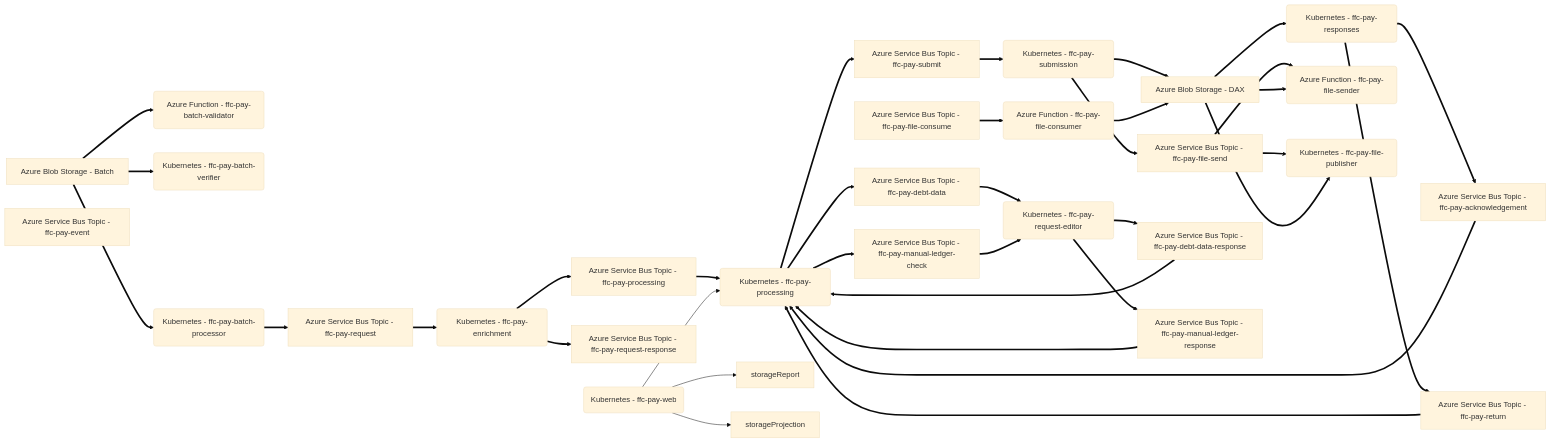
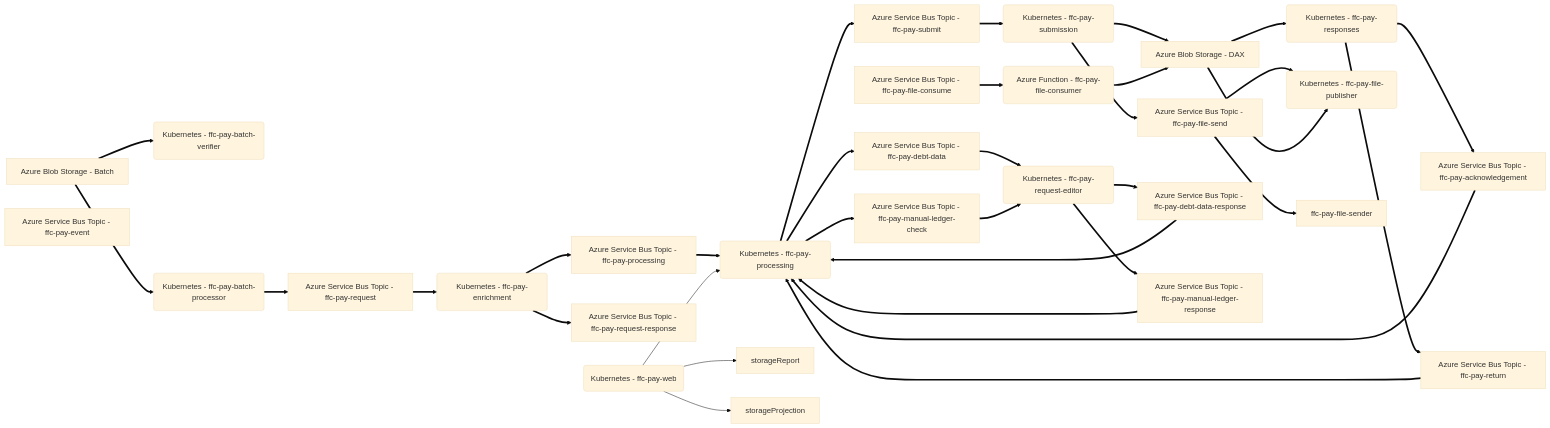
The first of 3 diagrams in README.md (DEFRA/ffc-pay-core), drawn with Mermaid (base theme) before and after one commit. The commit also changed other lines of this file and 8 other files, not shown here.

````diff
--- a/README.md
+++ b/README.md
@@ -37,70 +38,66 @@
 ```mermaid
 flowchart LR
-ffc-pay-batch-validator(Azure Function - ffc-pay-batch-validator)
 ffc-pay-batch-verifier(Kubernetes - ffc-pay-batch-verifier)
 ffc-pay-batch-processor(Kubernetes - ffc-pay-batch-processor)
 ffc-pay-enrichment(Kubernetes - ffc-pay-enrichment)
 ffc-pay-processing(Kubernetes - ffc-pay-processing)
 ffc-pay-submission(Kubernetes - ffc-pay-submission)
 ffc-pay-responses(Kubernetes - ffc-pay-responses)
 ffc-pay-request-editor(Kubernetes - ffc-pay-request-editor)
 ffc-pay-web(Kubernetes - ffc-pay-web)
-ffc-pay-file-sender(Azure Function - ffc-pay-file-sender)
 ffc-pay-file-publisher(Kubernetes - ffc-pay-file-publisher)
 ffc-pay-file-consumer(Azure Function - ffc-pay-file-consumer)
 
 storageBatch[Azure Blob Storage - Batch]
 storageDAX[Azure Blob Storage - DAX]
 
 topicRequest[Azure Service Bus Topic - ffc-pay-request]
 topicResponse[Azure Service Bus Topic - ffc-pay-request-response]
 topicProcessing[Azure Service Bus Topic - ffc-pay-processing]
 topicSubmit[Azure Service Bus Topic - ffc-pay-submit]
 topicFileSend[Azure Service Bus Topic - ffc-pay-file-send]
 topicFileConsume[Azure Service Bus Topic - ffc-pay-file-consume]
 topicReturn[Azure Service Bus Topic - ffc-pay-return]
 topicAck[Azure Service Bus Topic - ffc-pay-acknowledgement]
 topicDebt[Azure Service Bus Topic - ffc-pay-debt-data]
 topicDebtResponse[Azure Service Bus Topic - ffc-pay-debt-data-response]
 topicLedger[Azure Service Bus Topic - ffc-pay-manual-ledger-check]
 topicLedgerResponse[Azure Service Bus Topic - ffc-pay-manual-ledger-response]
 topicEvent[Azure Service Bus Topic - ffc-pay-event]
 
-storageBatch ==> ffc-pay-batch-validator
 storageBatch ==> ffc-pay-batch-verifier
 storageBatch ==> ffc-pay-batch-processor
 ffc-pay-batch-processor ==> topicRequest
 topicRequest ==> ffc-pay-enrichment
 ffc-pay-enrichment ==> topicResponse
 ffc-pay-enrichment ==> topicProcessing
 topicProcessing ==> ffc-pay-processing
 ffc-pay-processing ==> topicSubmit
 topicSubmit ==> ffc-pay-submission
 ffc-pay-submission ==> storageDAX
 ffc-pay-submission ==> topicFileSend
 topicFileSend ==> ffc-pay-file-sender
 topicFileSend ==> ffc-pay-file-publisher
-storageDAX ==> ffc-pay-file-sender
 storageDAX ==> ffc-pay-file-publisher
 
 topicFileConsume ==> ffc-pay-file-consumer
 ffc-pay-file-consumer ==> storageDAX
 storageDAX ==> ffc-pay-responses
 ffc-pay-responses ==> topicAck
 ffc-pay-responses ==> topicReturn
 topicAck ==> ffc-pay-processing
 topicReturn ==> ffc-pay-processing
 
 ffc-pay-processing ==> topicDebt
 ffc-pay-processing ==> topicLedger
 topicDebt ==> ffc-pay-request-editor
 topicLedger ==> ffc-pay-request-editor
 ffc-pay-request-editor ==> topicDebtResponse
 ffc-pay-request-editor ==> topicLedgerResponse
 topicDebtResponse ==> ffc-pay-processing
 topicLedgerResponse ==> ffc-pay-processing
 
 ffc-pay-web --> ffc-pay-processing
 ffc-pay-web --> storageReport
 ffc-pay-web --> storageProjection
 ```
````
